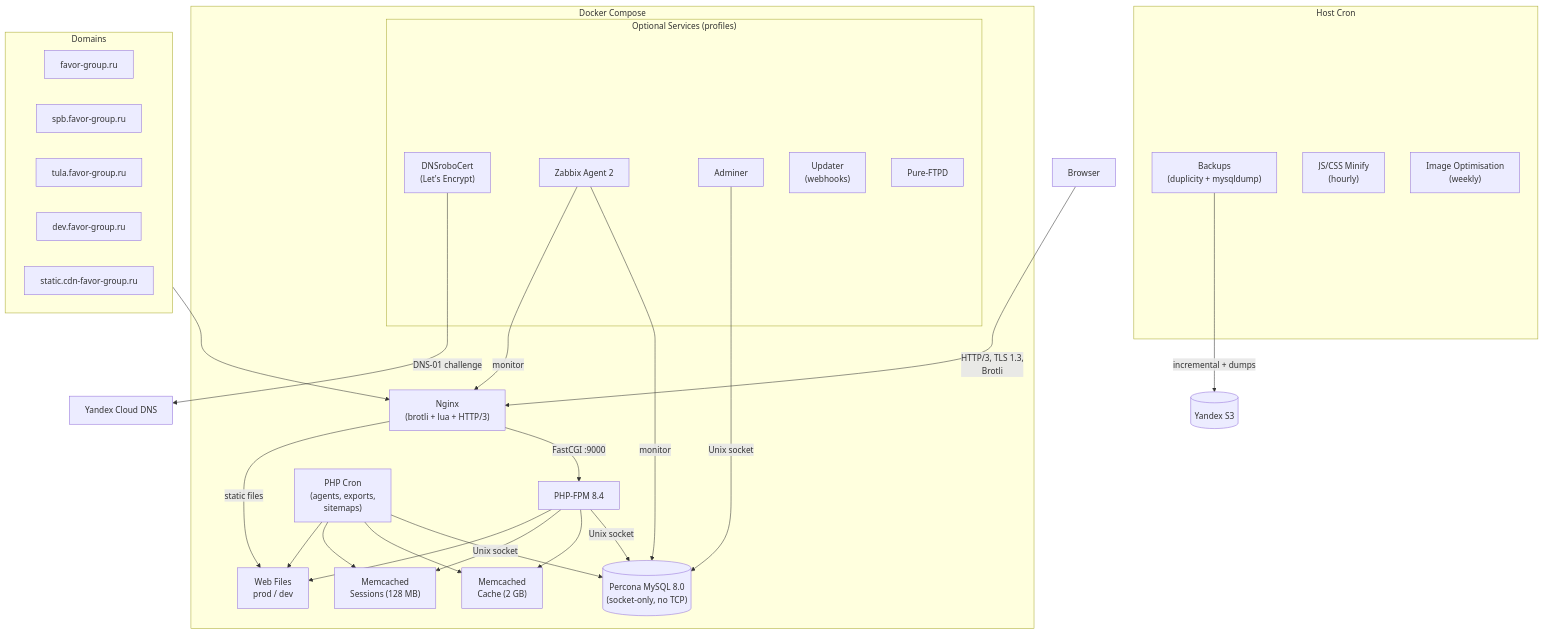
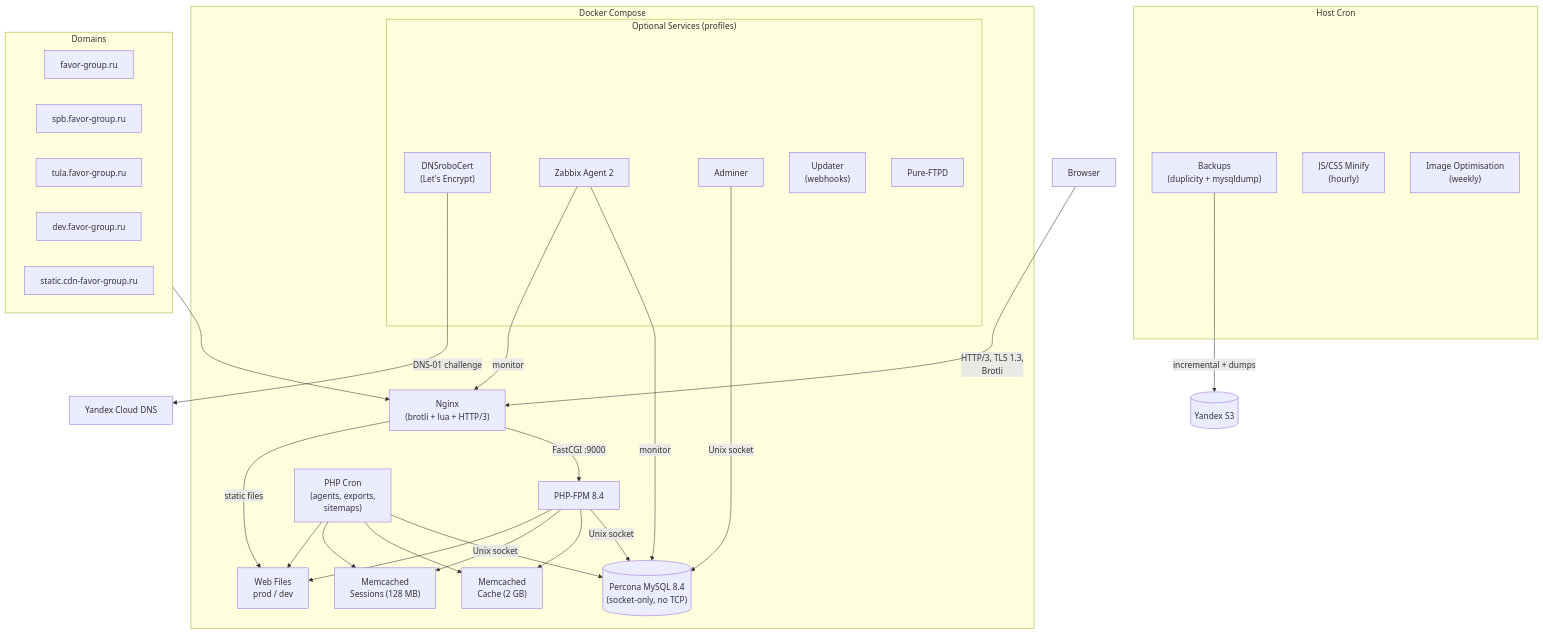
The first of 2 diagrams in Readme.md (paskal/bitrix.infra), drawn with Mermaid before and after one commit. The commit also changed other lines of this file and 3 other files, not shown here.

````diff
--- a/Readme.md
+++ b/Readme.md
@@ -9,52 +9,52 @@
 ```mermaid
 flowchart TB
     User["Browser"] -->|"HTTP/3, TLS 1.3,<br>Brotli"| Nginx
 
     subgraph Docker["Docker Compose"]
         Nginx["Nginx<br>(brotli + lua + HTTP/3)"]
 
         Nginx -->|"FastCGI :9000"| PHP["PHP-FPM 8.4"]
         Nginx -->|"static files"| Web["Web Files<br>prod / dev"]
 
-        PHP -->|"Unix socket"| MySQL[("Percona MySQL 8.0<br>(socket-only, no TCP)")]
+        PHP -->|"Unix socket"| MySQL[("Percona MySQL 8.4<br>(socket-only, no TCP)")]
         PHP --> Memcached["Memcached<br>Cache (2 GB)"]
         PHP --> MemSessions["Memcached<br>Sessions (128 MB)"]
         PHP --> Web
 
         PHPCron["PHP Cron<br>(agents, exports,<br>sitemaps)"] -->|"Unix socket"| MySQL
         PHPCron --> Memcached
         PHPCron --> MemSessions
         PHPCron --> Web
 
         subgraph Optional["Optional Services (profiles)"]
             Certbot["DNSroboCert<br>(Let's Encrypt)"]
             Zabbix["Zabbix Agent 2"]
             Adminer["Adminer"]
             Updater["Updater<br>(webhooks)"]
             FTP["Pure-FTPD"]
         end
 
         Zabbix -->|"monitor"| MySQL
         Zabbix -->|"monitor"| Nginx
         Adminer -->|"Unix socket"| MySQL
     end
 
     subgraph HostCron["Host Cron"]
         Backup["Backups<br>(duplicity + mysqldump)"]
         Minify["JS/CSS Minify<br>(hourly)"]
         ImgOpt["Image Optimisation<br>(weekly)"]
     end
 
     Backup -->|"incremental + dumps"| S3[("Yandex S3")]
     Certbot -->|"DNS-01 challenge"| YcDNS["Yandex Cloud DNS"]
 
     subgraph Regions["Domains"]
         MSK["favor-group.ru"]
         SPB["spb.favor-group.ru"]
         Tula["tula.favor-group.ru"]
         Dev["dev.favor-group.ru"]
         CDN["static.cdn-favor-group.ru"]
     end
 
     Regions --> Nginx
 ```
````
